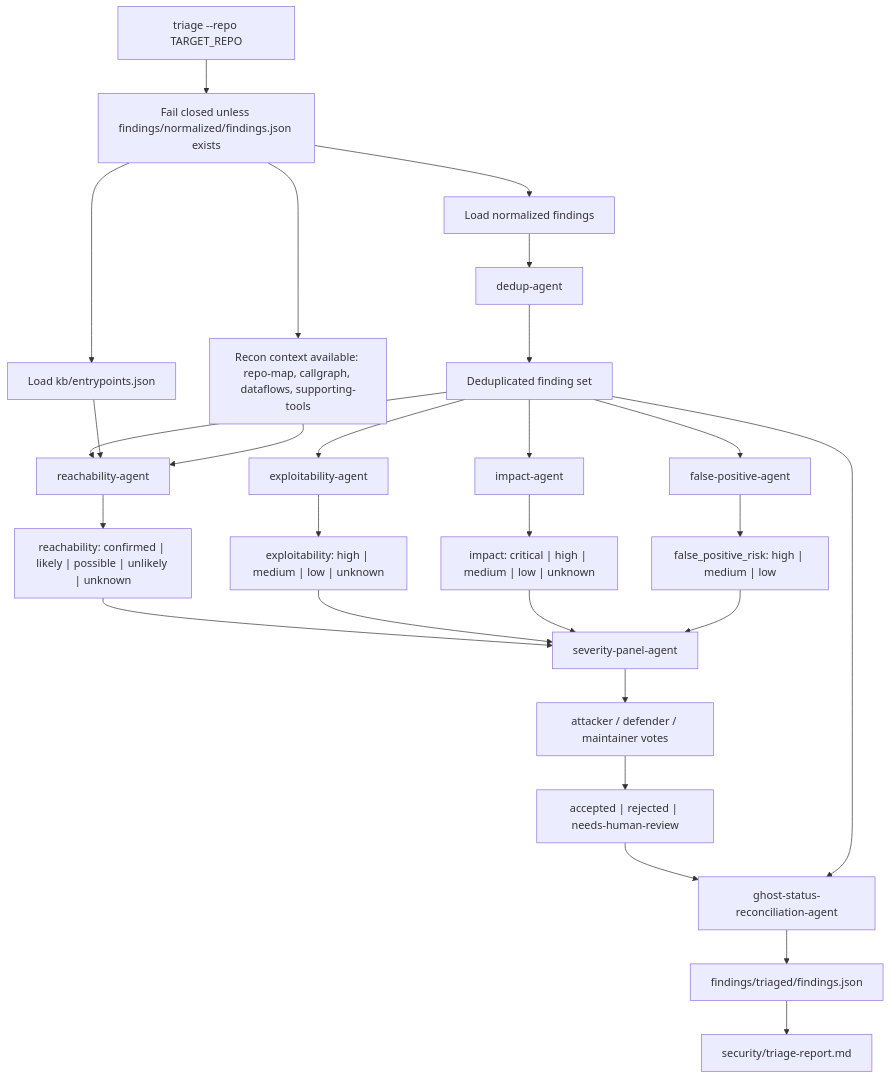
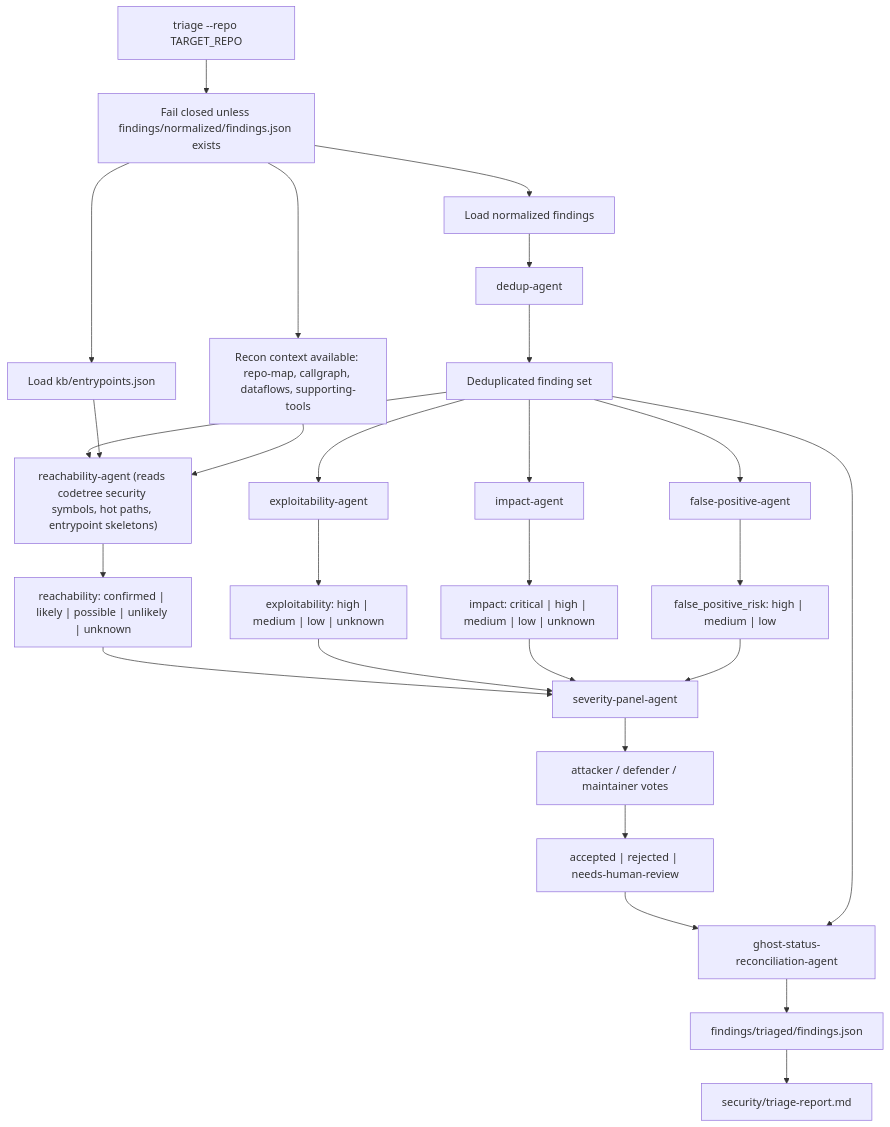
Before and after one commit to xfhg/security-agent: the sixth of 8 diagrams in docs/security-agent-flow.md, drawn with Mermaid. The commit also changed other lines of this file and 4 other files, not shown here.

````diff
--- a/docs/security-agent-flow.md
+++ b/docs/security-agent-flow.md
@@ -326,37 +334,37 @@
 ```mermaid
 flowchart TD
   TriageStart["triage --repo TARGET_REPO"] --> Guard["Fail closed unless findings/normalized/findings.json exists"]
   Guard --> LoadFindings["Load normalized findings"]
   Guard --> LoadEntrypoints["Load kb/entrypoints.json"]
   Guard --> LoadRecon["Recon context available: repo-map, callgraph, dataflows, supporting-tools"]
 
   LoadFindings --> Dedup["dedup-agent"]
   Dedup --> Deduped["Deduplicated finding set"]
 
-  Deduped --> Reachability["reachability-agent"]
+  Deduped --> Reachability["reachability-agent (reads codetree security symbols, hot paths, entrypoint skeletons)"]
   LoadEntrypoints --> Reachability
   LoadRecon --> Reachability
   Reachability --> ReachabilityScore["reachability: confirmed | likely | possible | unlikely | unknown"]
 
   Deduped --> Exploitability["exploitability-agent"]
   Exploitability --> ExploitabilityScore["exploitability: high | medium | low | unknown"]
 
   Deduped --> Impact["impact-agent"]
   Impact --> ImpactScore["impact: critical | high | medium | low | unknown"]
 
   Deduped --> FP["false-positive-agent"]
   FP --> FPRisk["false_positive_risk: high | medium | low"]
 
   ReachabilityScore --> Panel["severity-panel-agent"]
   ExploitabilityScore --> Panel
   ImpactScore --> Panel
   FPRisk --> Panel
   Panel --> Votes["attacker / defender / maintainer votes"]
 
   Votes --> Status["accepted | rejected | needs-human-review"]
   Status --> GhostRecon["ghost-status-reconciliation-agent"]
   Deduped --> GhostRecon
 
   GhostRecon --> Triaged["findings/triaged/findings.json"]
   Triaged --> TriageReport["security/triage-report.md"]
 ```
````
